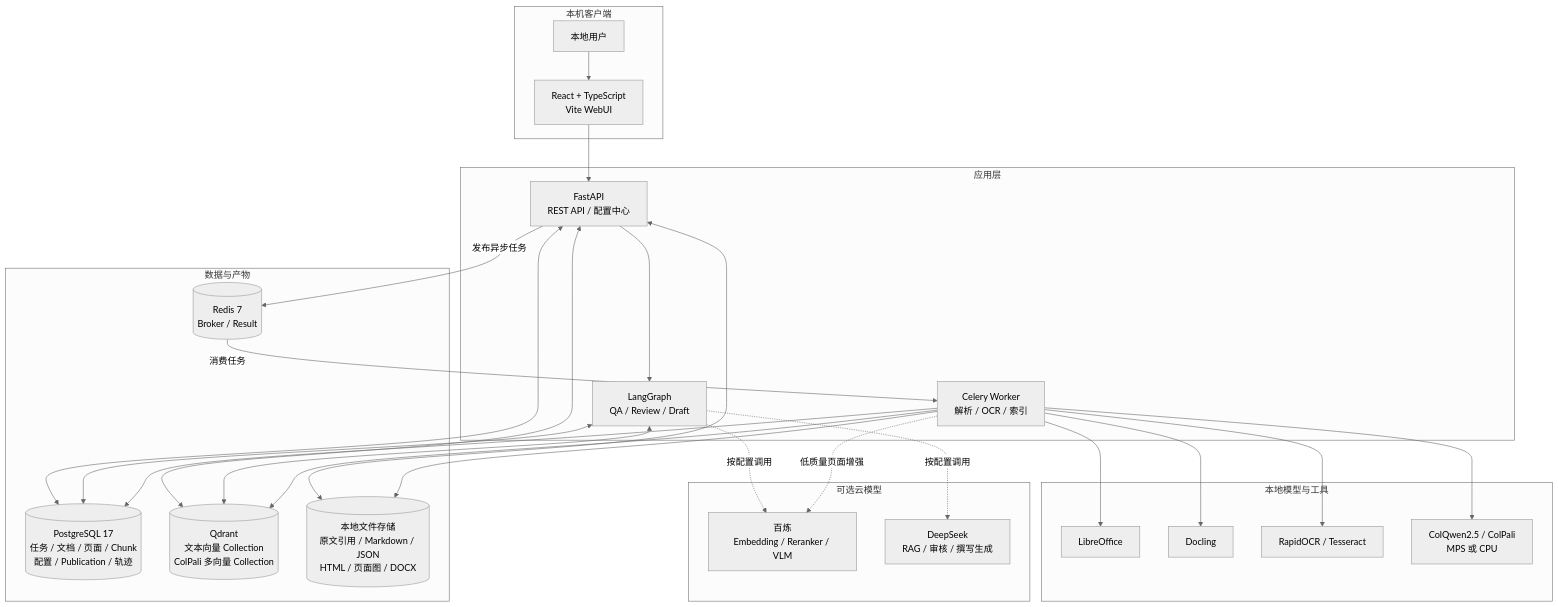
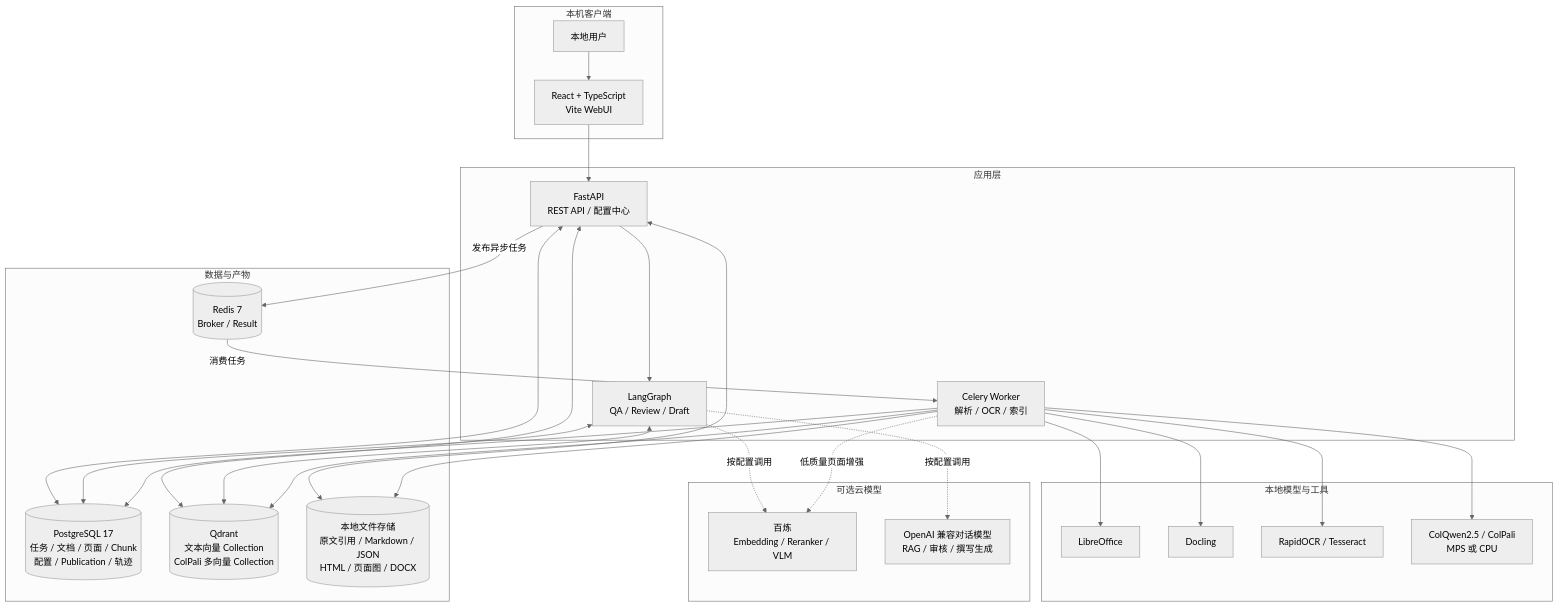
The first of 6 diagrams in docs/系统架构图.md (IceWindy233/DocFlowAI), drawn with Mermaid (neutral theme) before and after one commit. The commit also changed other lines of this file and 29 other files, not shown here.

```diff
--- a/docs/系统架构图.md
+++ b/docs/系统架构图.md
@@ -10,53 +10,53 @@
 ~~~mermaid
 flowchart TB
     subgraph CLIENT["本机客户端"]
         USER["本地用户"]
         WEB["React + TypeScript<br/>Vite WebUI"]
         USER --> WEB
     end
 
     subgraph APP["应用层"]
         API["FastAPI<br/>REST API / 配置中心"]
         WORKER["Celery Worker<br/>解析 / OCR / 索引"]
         GRAPH["LangGraph<br/>QA / Review / Draft"]
         WEB --> API
         API --> GRAPH
     end
 
     subgraph DATA["数据与产物"]
         PG[("PostgreSQL 17<br/>任务 / 文档 / 页面 / Chunk<br/>配置 / Publication / 轨迹")]
         REDIS[("Redis 7<br/>Broker / Result")]
         QD[("Qdrant<br/>文本向量 Collection<br/>ColPali 多向量 Collection")]
         STORE[("本地文件存储<br/>原文引用 / Markdown / JSON<br/>HTML / 页面图 / DOCX")]
     end
 
     subgraph LOCAL["本地模型与工具"]
         LO["LibreOffice"]
         DOCLING["Docling"]
         OCR["RapidOCR / Tesseract"]
         COLPALI["ColQwen2.5 / ColPali<br/>MPS 或 CPU"]
     end
 
     subgraph CLOUD["可选云模型"]
         BAILIAN["百炼<br/>Embedding / Reranker / VLM"]
-        DEEPSEEK["DeepSeek<br/>RAG / 审核 / 撰写生成"]
+        CHATLLM["OpenAI 兼容对话模型<br/>RAG / 审核 / 撰写生成"]
     end
 
     API <--> PG
     API <--> QD
     API <--> STORE
     API -->|发布异步任务| REDIS
     REDIS -->|消费任务| WORKER
     GRAPH <--> PG
     GRAPH <--> QD
     GRAPH -.按配置调用.-> BAILIAN
-    GRAPH -.按配置调用.-> DEEPSEEK
+    GRAPH -.按配置调用.-> CHATLLM
     WORKER --> LO
     WORKER --> DOCLING
     WORKER --> OCR
     WORKER --> COLPALI
     WORKER -.低质量页面增强.-> BAILIAN
     WORKER --> PG
     WORKER --> QD
     WORKER --> STORE
 ~~~
```
